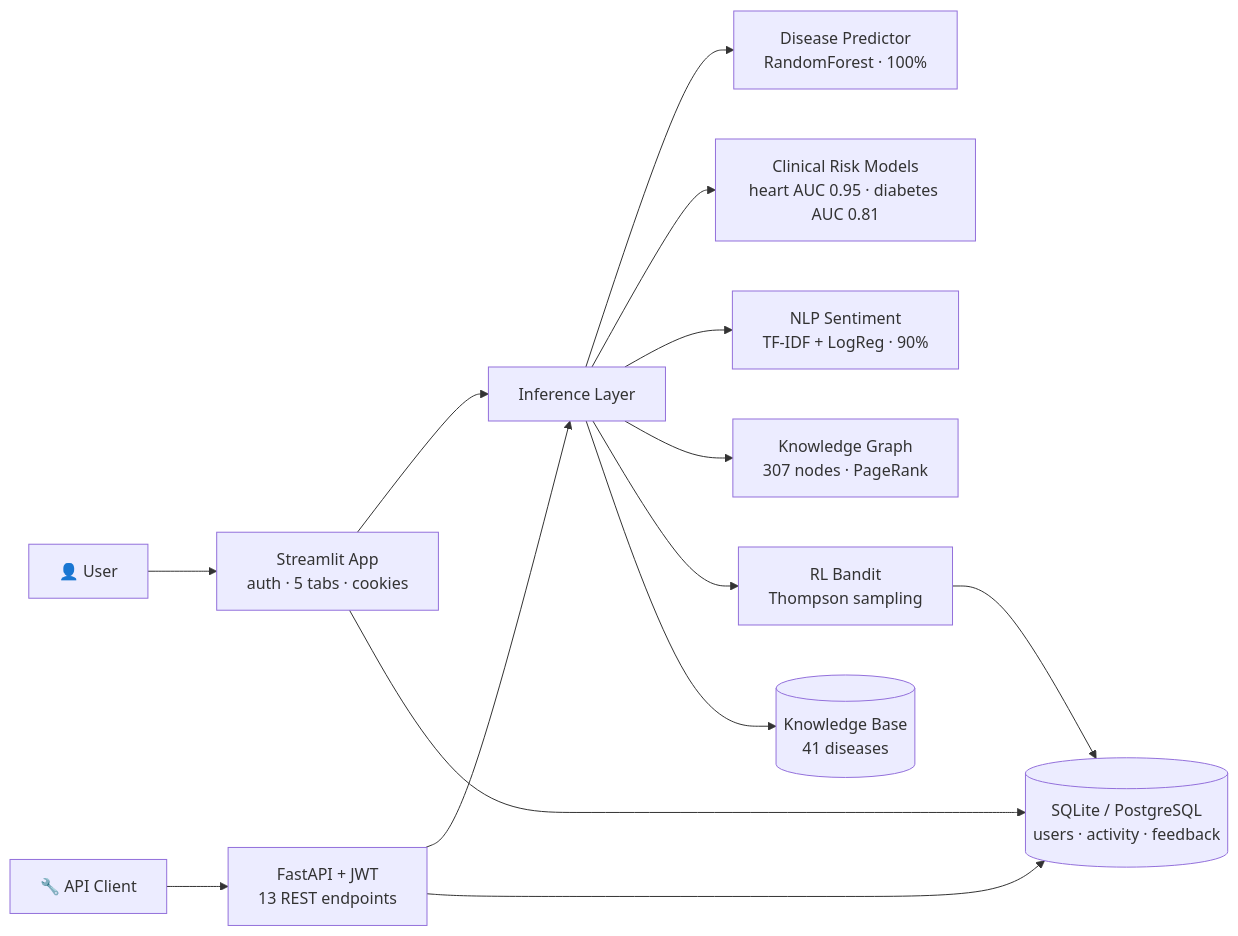
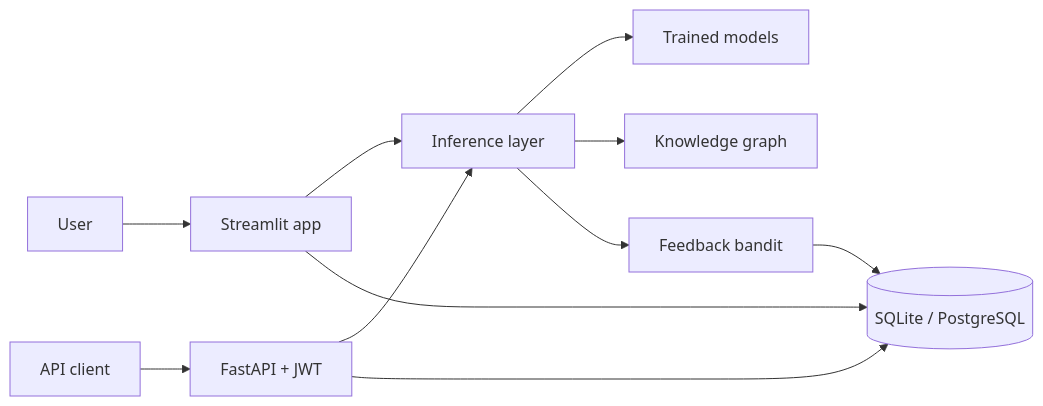
Before and after one commit to tanmay866/personalized-healthcare-recommendation-system: the diagram in README.md, drawn with Mermaid. The commit also changed other lines of this file, not shown here.

Commit message:
Rewrite README: professional layout with badges, architecture diagram, and collapsible sections

````diff
--- a/README.md
+++ b/README.md
@@ -54,16 +57,13 @@
 ```mermaid
 flowchart LR
-    U[👤 User] --> APP[Streamlit App<br/>auth · 5 tabs · cookies]
-    U2[🔧 API Client] --> API[FastAPI + JWT<br/>13 REST endpoints]
-    APP --> INF[Inference Layer]
+    U[User] --> APP[Streamlit app]
+    C[API client] --> API[FastAPI + JWT]
+    APP --> INF[Inference layer]
     API --> INF
-    INF --> M1[Disease Predictor<br/>RandomForest · 100%]
-    INF --> M2[Clinical Risk Models<br/>heart AUC 0.95 · diabetes AUC 0.81]
-    INF --> M3[NLP Sentiment<br/>TF-IDF + LogReg · 90%]
-    INF --> KG[Knowledge Graph<br/>307 nodes · PageRank]
-    INF --> RL[RL Bandit<br/>Thompson sampling]
-    INF --> KB[(Knowledge Base<br/>41 diseases)]
-    APP --> DB[(SQLite / PostgreSQL<br/>users · activity · feedback)]
+    INF --> MODELS[Trained models]
+    INF --> KG[Knowledge graph]
+    INF --> BANDIT[Feedback bandit]
+    APP --> DB[(SQLite / PostgreSQL)]
     API --> DB
-    RL --> DB
+    BANDIT --> DB
 ```
````
